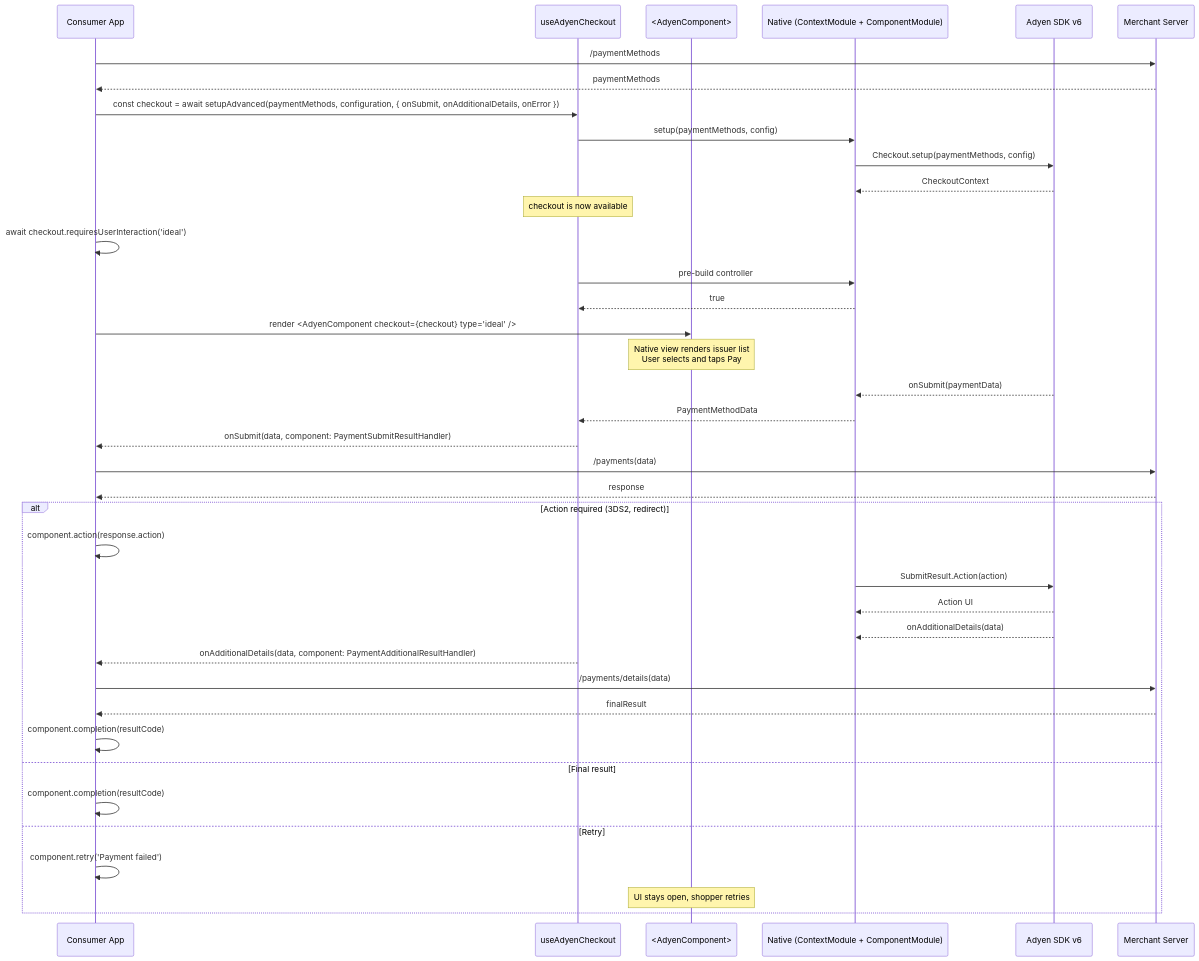
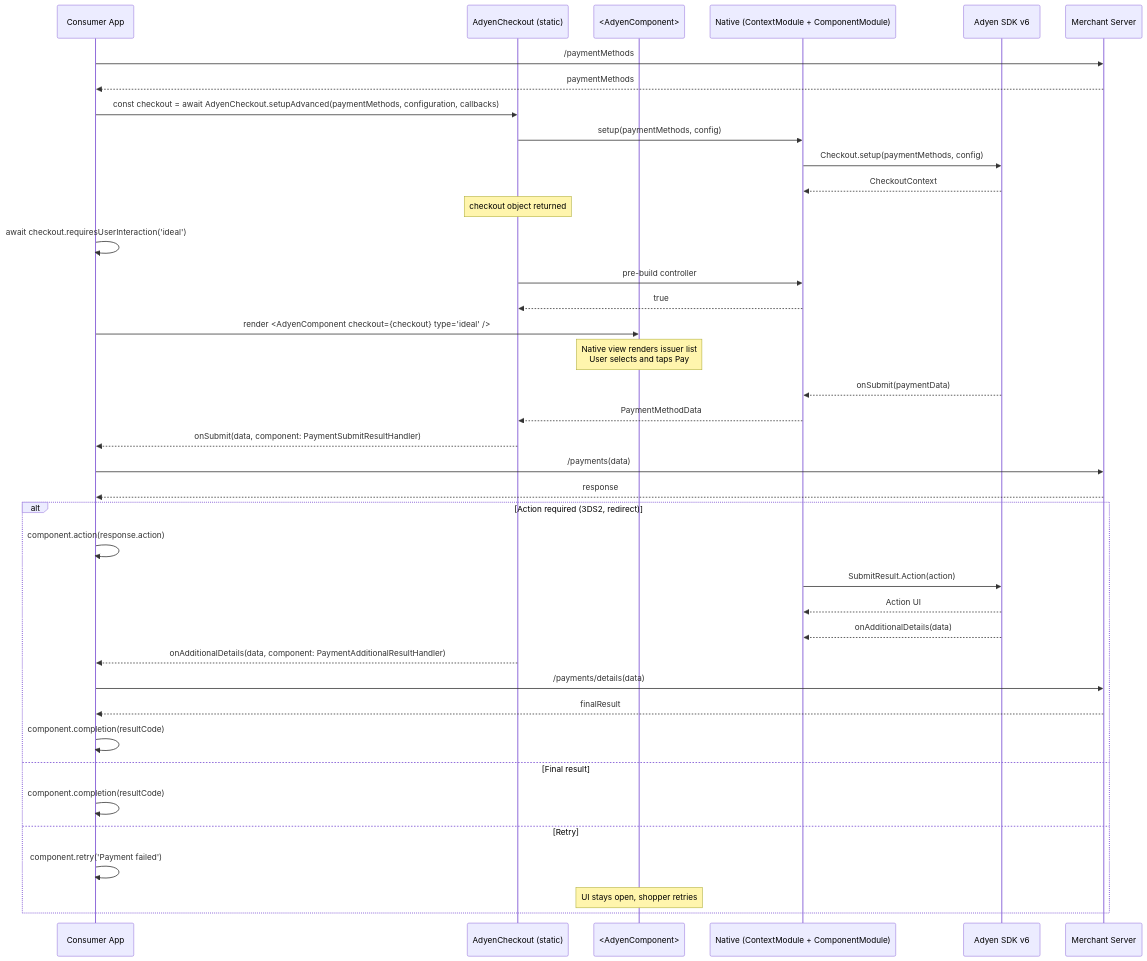
One commit to Adyen/adyen-react-native changed the fifth of 7 diagrams in docs/v6-public-api-proposal.md. Above: the diagram before and after it, drawn with Mermaid. The commit also changed other lines of this file and 26 other files, not shown here.

First line of the commit message:
refactor: replace AdyenCheckout provider with static API (Option B)

````diff
--- a/docs/v6-public-api-proposal.md
+++ b/docs/v6-public-api-proposal.md
@@ -184,48 +191,48 @@
 ```mermaid
 sequenceDiagram
     participant App as Consumer App
-    participant Hook as useAdyenCheckout
+    participant AC as AdyenCheckout (static)
     participant View as <AdyenComponent>
     participant Native as Native (ContextModule + ComponentModule)
     participant SDK as Adyen SDK v6
     participant Server as Merchant Server
 
     App->>Server: /paymentMethods
     Server-->>App: paymentMethods
 
-    App->>Hook: const checkout = await setupAdvanced(paymentMethods, configuration, { onSubmit, onAdditionalDetails, onError })
-    Hook->>Native: setup(paymentMethods, config)
+    App->>AC: const checkout = await AdyenCheckout.setupAdvanced(paymentMethods, configuration, callbacks)
+    AC->>Native: setup(paymentMethods, config)
     Native->>SDK: Checkout.setup(paymentMethods, config)
     SDK-->>Native: CheckoutContext
-    Note over Hook: checkout is now available
+    Note over AC: checkout object returned
 
     App->>App: await checkout.requiresUserInteraction('ideal')
-    Hook->>Native: pre-build controller
-    Native-->>Hook: true
+    AC->>Native: pre-build controller
+    Native-->>AC: true
 
     App->>View: render <AdyenComponent checkout={checkout} type="ideal" />
     Note over View: Native view renders issuer list<br/>User selects and taps Pay
 
     SDK-->>Native: onSubmit(paymentData)
-    Native-->>Hook: PaymentMethodData
-    Hook-->>App: onSubmit(data, component: PaymentSubmitResultHandler)
+    Native-->>AC: PaymentMethodData
+    AC-->>App: onSubmit(data, component: PaymentSubmitResultHandler)
 
     App->>Server: /payments(data)
     Server-->>App: response
 
     alt Action required (3DS2, redirect)
         App->>App: component.action(response.action)
         Native->>SDK: SubmitResult.Action(action)
         SDK-->>Native: Action UI
         SDK-->>Native: onAdditionalDetails(data)
-        Hook-->>App: onAdditionalDetails(data, component: PaymentAdditionalResultHandler)
+        AC-->>App: onAdditionalDetails(data, component: PaymentAdditionalResultHandler)
         App->>Server: /payments/details(data)
         Server-->>App: finalResult
         App->>App: component.completion(resultCode)
     else Final result
         App->>App: component.completion(resultCode)
     else Retry
         App->>App: component.retry('Payment failed')
         Note over View: UI stays open, shopper retries
     end
 ```
````
